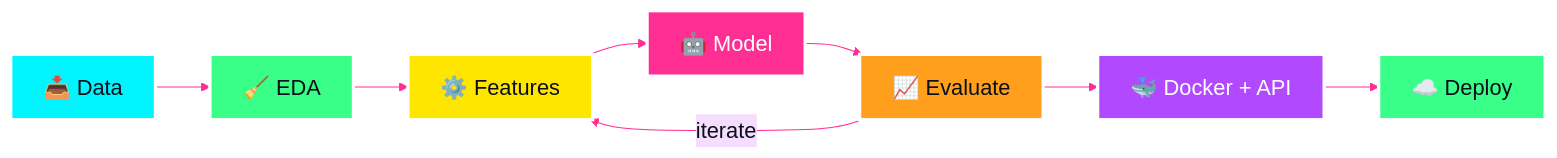
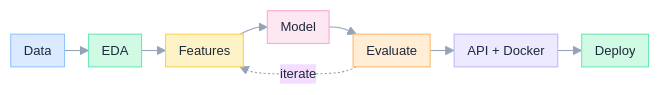
One commit to CodeBy-Divya/CodeBy-Divya changed the fourth of 6 diagrams in README.md. Above: the diagram before and after it, drawn with Mermaid. The commit also changed other lines of this file, not shown here.

````diff
--- a/README.md
+++ b/README.md
@@ -233,13 +225,12 @@
 ```mermaid
-%%{init: {'theme':'base','themeVariables':{'fontSize':'20px','lineColor':'#FF2E93','primaryTextColor':'#0b0f1a'}}}%%
+%%{init: {'theme':'base','themeVariables':{'fontSize':'12px','lineColor':'#94A3B8','primaryTextColor':'#1e293b'},'flowchart':{'nodeSpacing':18,'rankSpacing':22,'padding':6}}}%%
 flowchart LR
-    A[📥 Data]:::cyan --> B[🧹 EDA]:::green --> C[⚙️ Features]:::yellow --> D[🤖 Model]:::pink --> E[📈 Evaluate]:::orange
-    E -->|iterate| C
-    E --> F[🐳 Docker + API]:::purple --> G[☁️ Deploy]:::green
-    classDef pink fill:#FF2E93,color:#ffffff,stroke:#ffffff,stroke-width:3px
-    classDef cyan fill:#00F5FF,color:#0b0f1a,stroke:#ffffff,stroke-width:3px
-    classDef orange fill:#FF9F1C,color:#0b0f1a,stroke:#ffffff,stroke-width:3px
-    classDef green fill:#39FF88,color:#0b0f1a,stroke:#ffffff,stroke-width:3px
-    classDef yellow fill:#FFE600,color:#0b0f1a,stroke:#ffffff,stroke-width:3px
-    classDef purple fill:#B14AFF,color:#ffffff,stroke:#ffffff,stroke-width:3px
+    A[Data]:::blue --> B[EDA]:::green --> C[Features]:::yellow --> D[Model]:::pink --> E[Evaluate]:::orange --> F[API + Docker]:::purple --> G[Deploy]:::green
+    E -.->|iterate| C
+    classDef pink fill:#FCE7F3,color:#1e293b,stroke:#F9A8D4,stroke-width:1px
+    classDef blue fill:#DBEAFE,color:#1e293b,stroke:#93C5FD,stroke-width:1px
+    classDef orange fill:#FFEDD5,color:#1e293b,stroke:#FDBA74,stroke-width:1px
+    classDef green fill:#D1FAE5,color:#1e293b,stroke:#6EE7B7,stroke-width:1px
+    classDef yellow fill:#FEF3C7,color:#1e293b,stroke:#FCD34D,stroke-width:1px
+    classDef purple fill:#EDE9FE,color:#1e293b,stroke:#C4B5FD,stroke-width:1px
 ```
````
